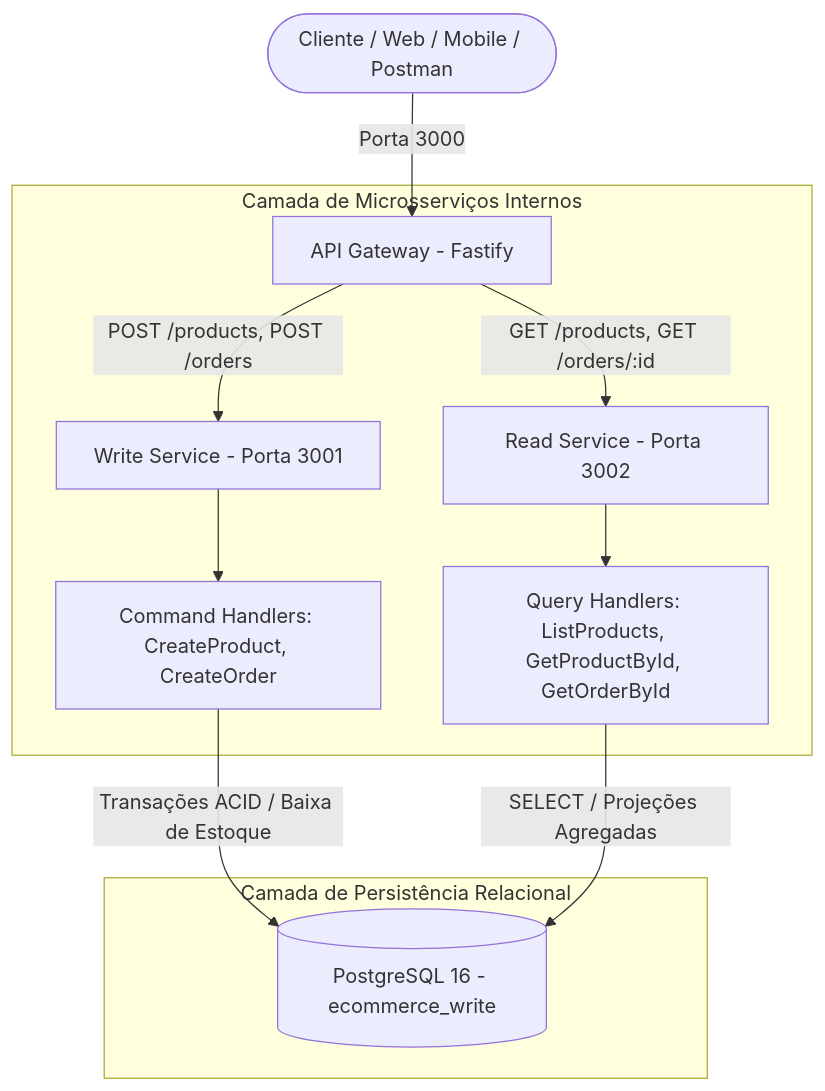
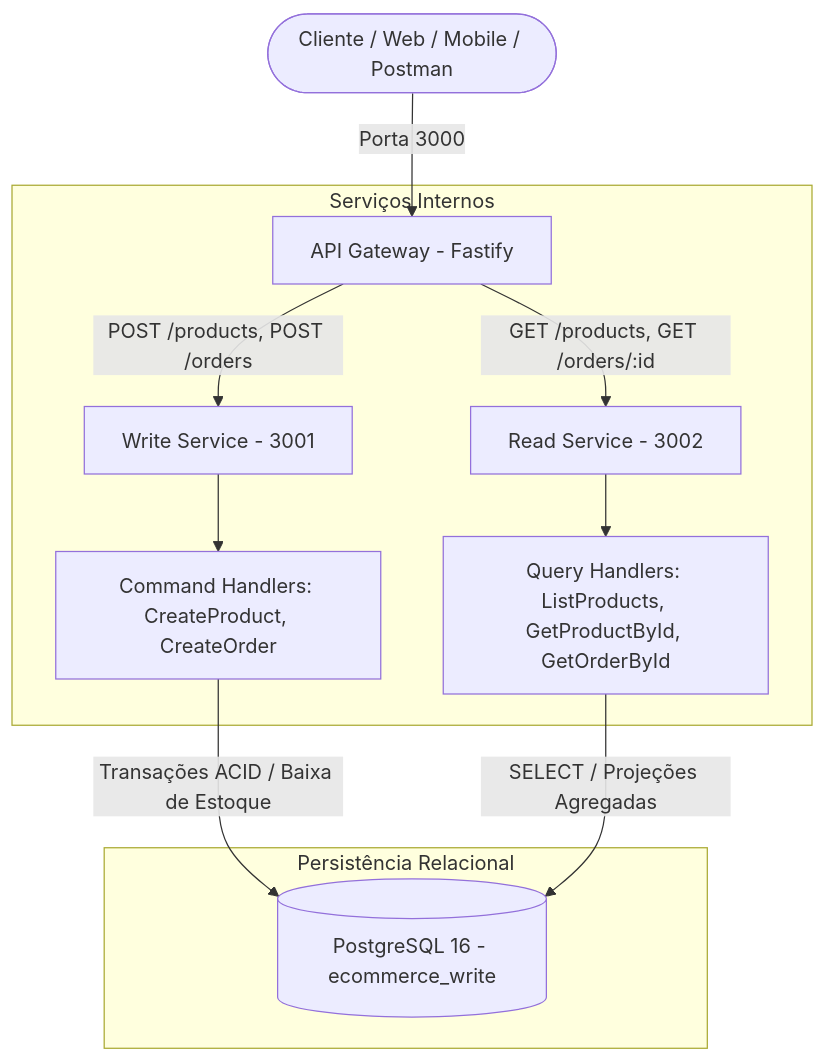
The diagram in README.md (TiagoFerr/ecommerce-cqrs-cdc), drawn with Mermaid before and after one commit. The commit also changed other lines of this file and 4 other files, not shown here.

Commit message:
docs: humanize architectural decisions and project documentation based on real-world engineering trade-offs

````diff
--- a/README.md
+++ b/README.md
@@ -34,17 +35,17 @@
 ```mermaid
 graph TD
     Client([Cliente / Web / Mobile / Postman]) -->|Porta 3000| Gateway[API Gateway - Fastify]
 
-    subgraph "Camada de Microsserviços Internos"
-        Gateway -->|POST /products, POST /orders| WS[Write Service - Porta 3001]
-        Gateway -->|GET /products, GET /orders/:id| RS[Read Service - Porta 3002]
+    subgraph "Serviços Internos"
+        Gateway -->|POST /products, POST /orders| WS[Write Service - 3001]
+        Gateway -->|GET /products, GET /orders/:id| RS[Read Service - 3002]
         
         WS --> CH[Command Handlers: CreateProduct, CreateOrder]
         RS --> QH[Query Handlers: ListProducts, GetProductById, GetOrderById]
     end
 
-    subgraph "Camada de Persistência Relacional"
+    subgraph "Persistência Relacional"
         CH -->|Transações ACID / Baixa de Estoque| PG[(PostgreSQL 16 - ecommerce_write)]
         QH -->|SELECT / Projeções Agregadas| PG
     end
 ```
````
